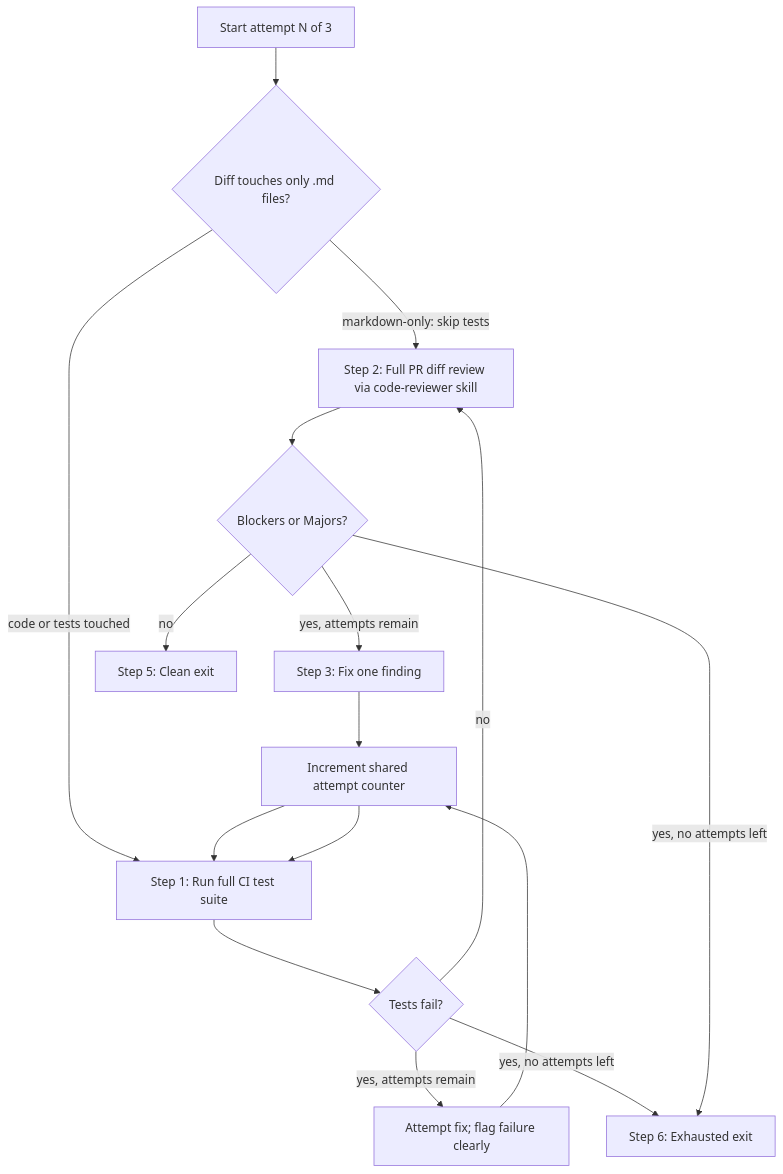
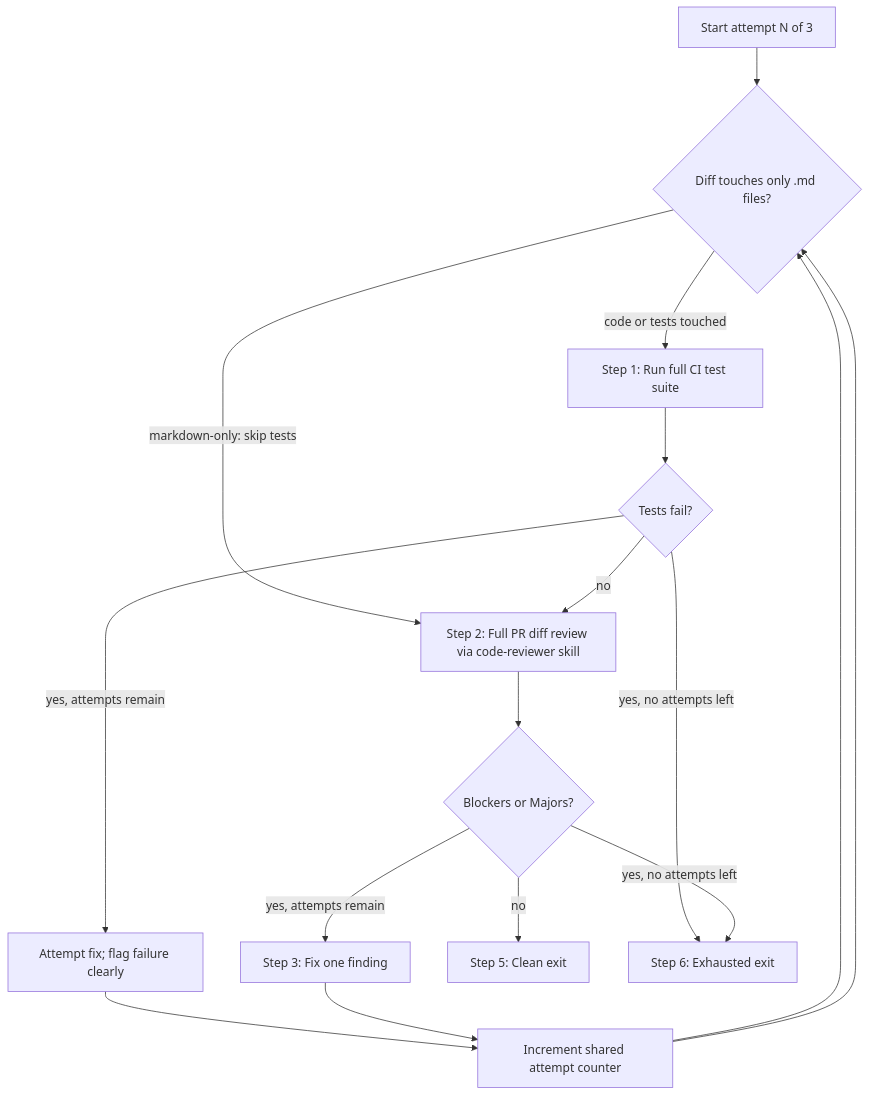
One commit to Collins1892/radar-practice changed the second of 2 diagrams in docs/loop-pattern.md. Above: the diagram before and after it, drawn with Mermaid. The commit also changed other lines of this file, not shown here.

First line of the commit message:
fix: re-evaluate change-type check on each loop iteration

````diff
--- a/docs/loop-pattern.md
+++ b/docs/loop-pattern.md
@@ -70,25 +70,25 @@
 ```mermaid
 flowchart TD
   start[Start attempt N of 3]
   changeType{Diff touches only .md files?}
   runTests[Step 1: Run full CI test suite]
   testFail{Tests fail?}
   fixTest[Attempt fix; flag failure clearly]
   review[Step 2: Full PR diff review via code-reviewer skill]
   blockers{Blockers or Majors?}
   fixOne[Step 3: Fix one finding]
   incAttempt[Increment shared attempt counter]
   postMinors[Step 5: Clean exit]
   draftPR[Step 6: Exhausted exit]
 
   start --> changeType
   changeType -->|markdown-only: skip tests| review
   changeType -->|code or tests touched| runTests
   runTests --> testFail
-  testFail -->|yes, attempts remain| fixTest --> incAttempt --> runTests
+  testFail -->|yes, attempts remain| fixTest --> incAttempt --> changeType
   testFail -->|yes, no attempts left| draftPR
   testFail -->|no| review --> blockers
-  blockers -->|yes, attempts remain| fixOne --> incAttempt --> runTests
+  blockers -->|yes, attempts remain| fixOne --> incAttempt --> changeType
   blockers -->|no| postMinors
   blockers -->|yes, no attempts left| draftPR
 ```
````
